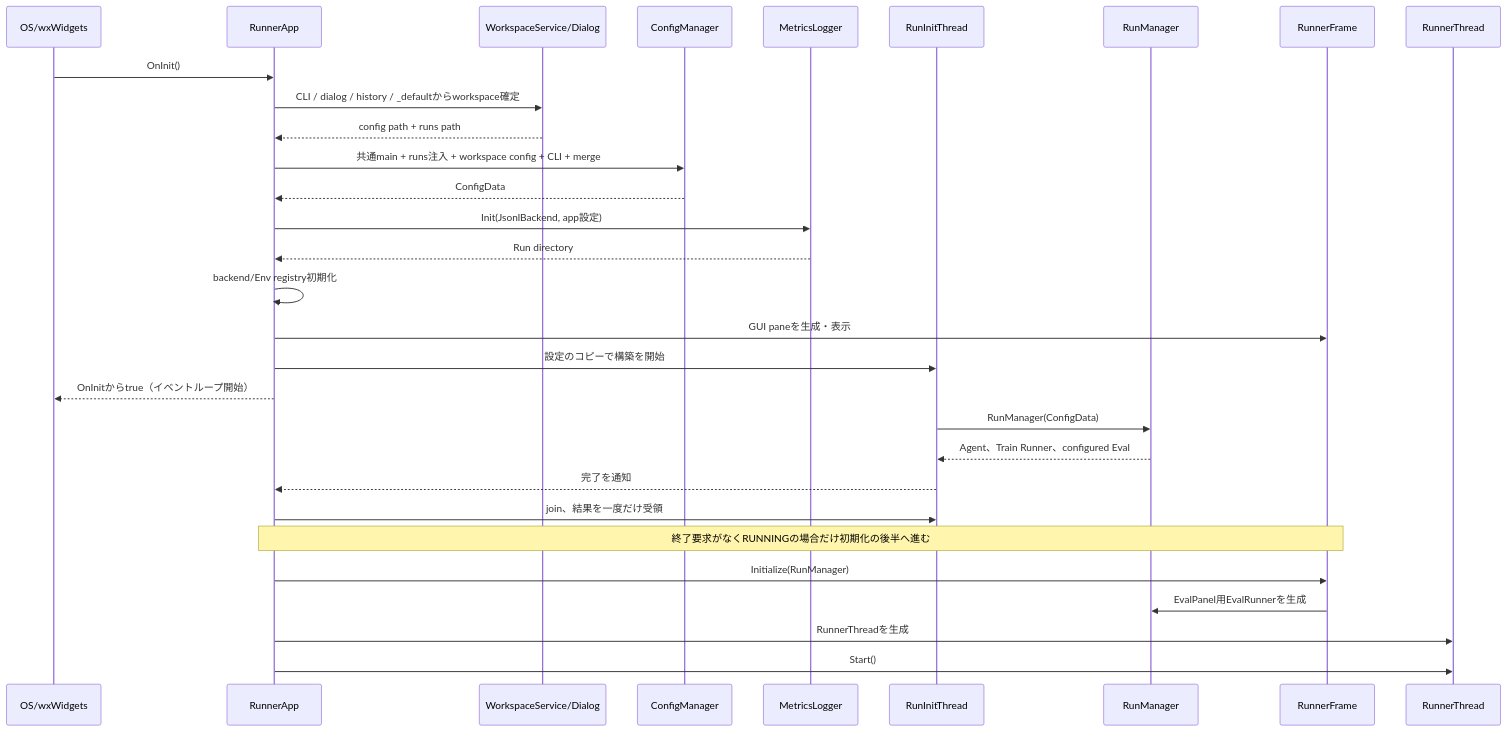
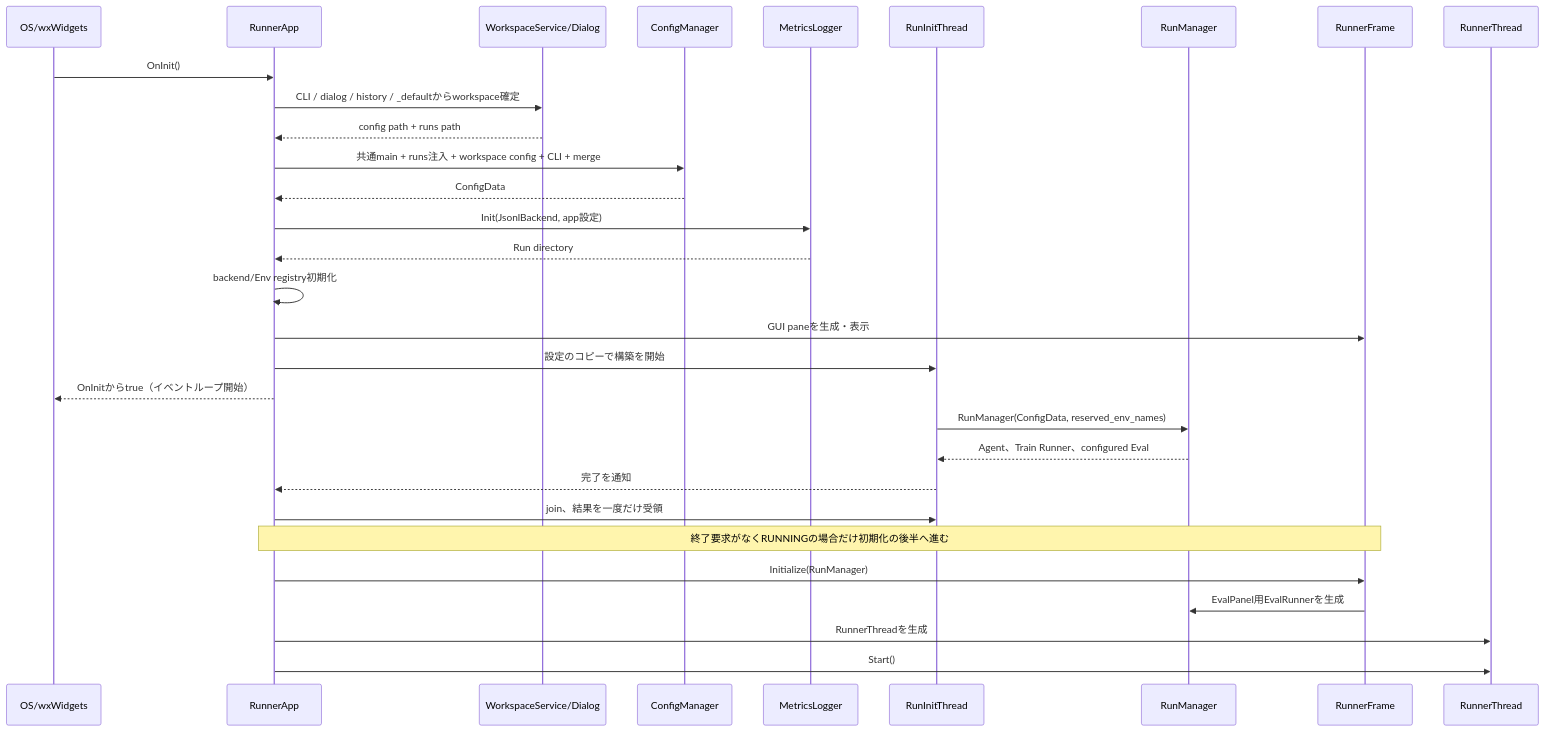
Before and after one commit to kazukin123/anet-lab: the second of 4 diagrams in docs/design/160_applications_and_tools.en.md, drawn with Mermaid. The commit also changed other lines of this file and 54 other files, not shown here.

````diff
--- a/docs/design/160_applications_and_tools.en.md
+++ b/docs/design/160_applications_and_tools.en.md
@@ -247,33 +247,33 @@
 ```mermaid
 sequenceDiagram
     participant OS as OS/wxWidgets
     participant A as RunnerApp
     participant W as WorkspaceService/Dialog
     participant C as ConfigManager
     participant M as MetricsLogger
     participant I as RunInitThread
     participant R as RunManager
     participant F as RunnerFrame
     participant T as RunnerThread
 
     OS->>A: OnInit()
     A->>W: CLI / dialog / history / _defaultからworkspace確定
     W-->>A: config path + runs path
     A->>C: 共通main + runs注入 + workspace config + CLI + merge
     C-->>A: ConfigData
     A->>M: Init(JsonlBackend, app設定)
     M-->>A: Run directory
     A->>A: backend/Env registry初期化
     A->>F: GUI paneを生成・表示
     A->>I: 設定のコピーで構築を開始
     A-->>OS: OnInitからtrue（イベントループ開始）
-    I->>R: RunManager(ConfigData)
+    I->>R: RunManager(ConfigData, reserved_env_names)
     R-->>I: Agent、Train Runner、configured Eval
     I-->>A: 完了を通知
     A->>I: join、結果を一度だけ受領
     Note over A,F: 終了要求がなくRUNNINGの場合だけ初期化の後半へ進む
     A->>F: Initialize(RunManager)
     F->>R: EvalPanel用EvalRunnerを生成
     A->>T: RunnerThreadを生成
     A->>T: Start()
 ```
````
